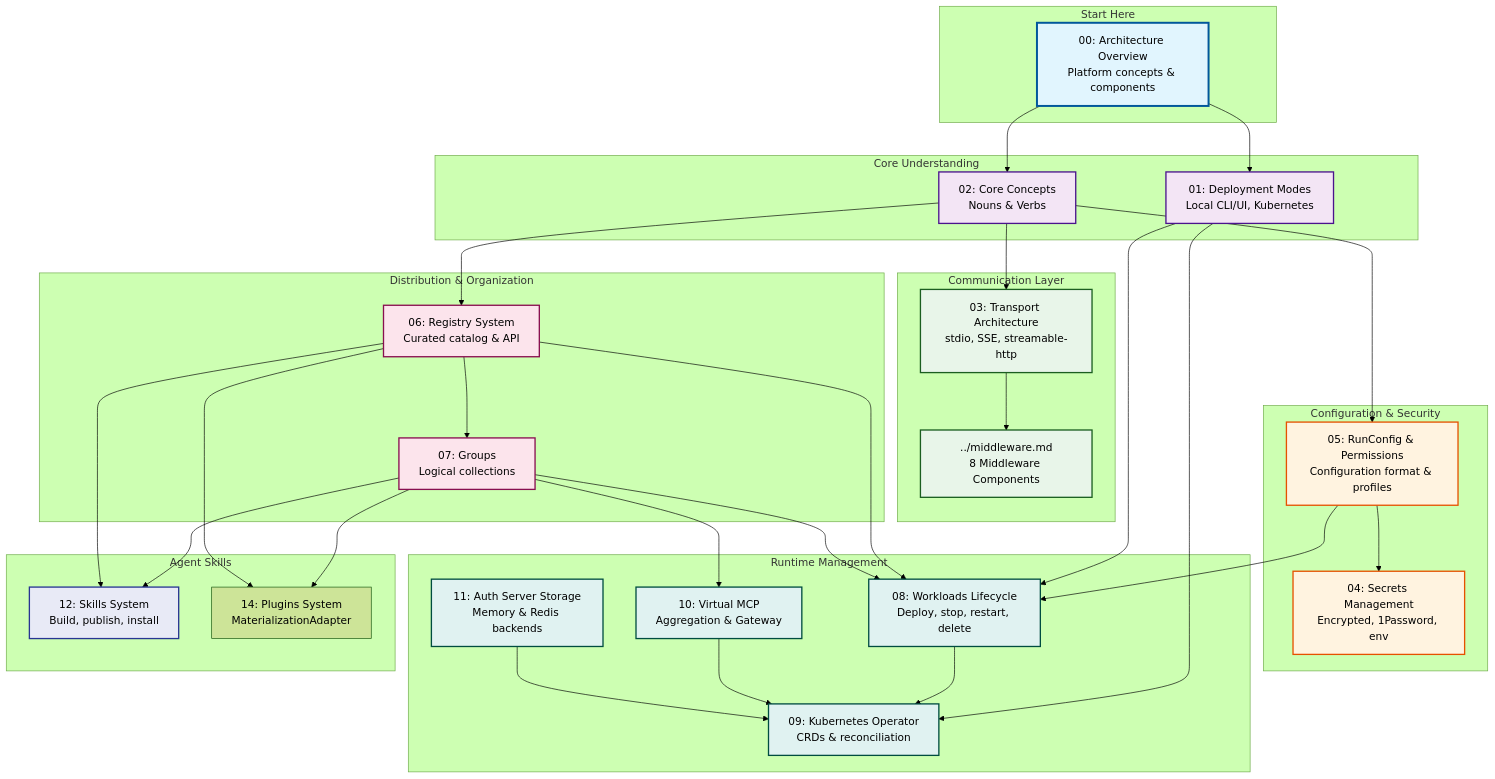
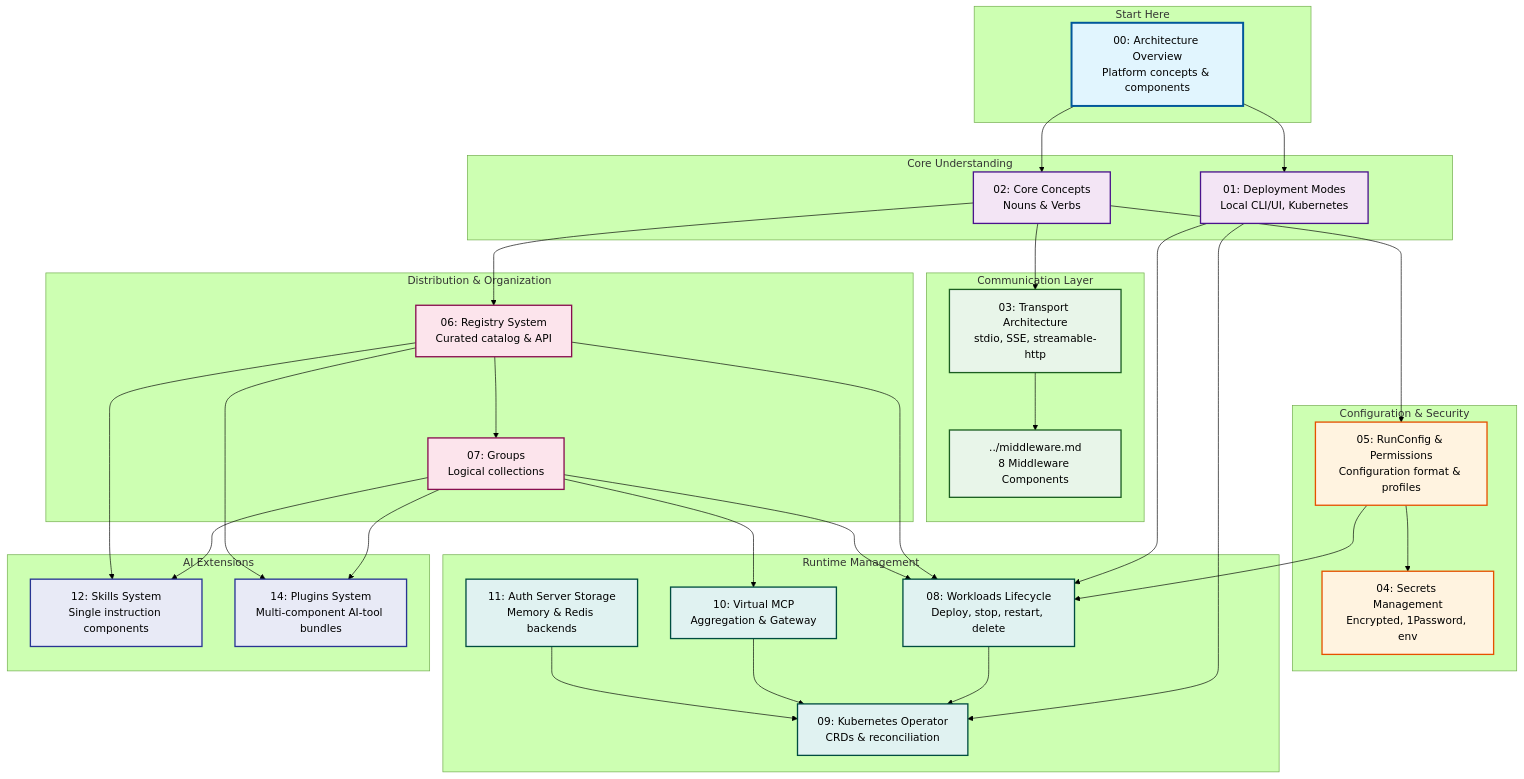
Before and after one commit to stacklok/toolhive: the diagram in docs/arch/README.md, drawn with Mermaid (forest theme). The commit also changed other lines of this file and 21 other files, not shown here.

````diff
--- a/docs/arch/README.md
+++ b/docs/arch/README.md
@@ -192,9 +191,9 @@
         AuthStorage[11: Auth Server Storage<br/>Memory & Redis backends]
     end
 
-    subgraph "Agent Skills"
-        Skills[12: Skills System<br/>Build, publish, install]
-        Plugins[14: Plugins System<br/>MaterializationAdapter]
+    subgraph "AI Extensions"
+        Skills[12: Skills System<br/>Single instruction components]
+        Plugins[14: Plugins System<br/>Multi-component AI-tool bundles]
     end
 
     %% Navigation paths
@@ -243,4 +242,5 @@
     style vMCP fill:#e0f2f1,stroke:#004d40,stroke-width:2px
     style AuthStorage fill:#e0f2f1,stroke:#004d40,stroke-width:2px
     style Skills fill:#e8eaf6,stroke:#283593,stroke-width:2px
+    style Plugins fill:#e8eaf6,stroke:#283593,stroke-width:2px
 ```
````
